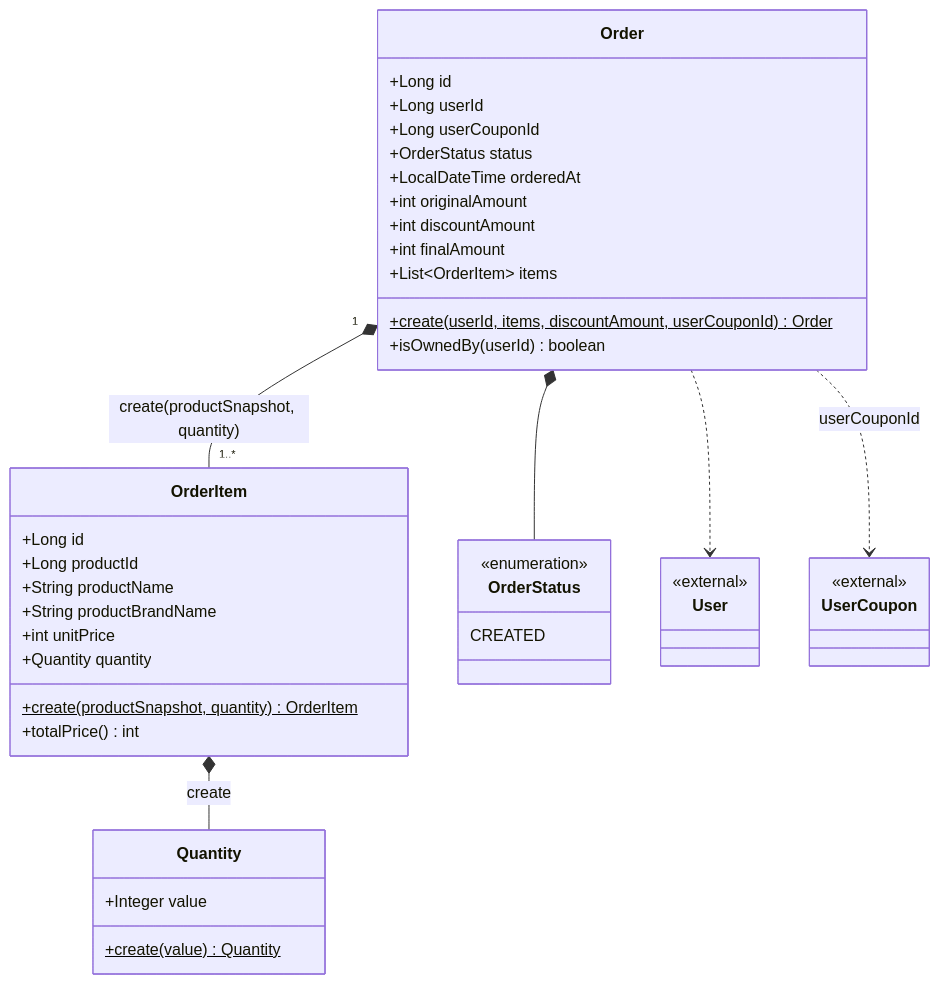
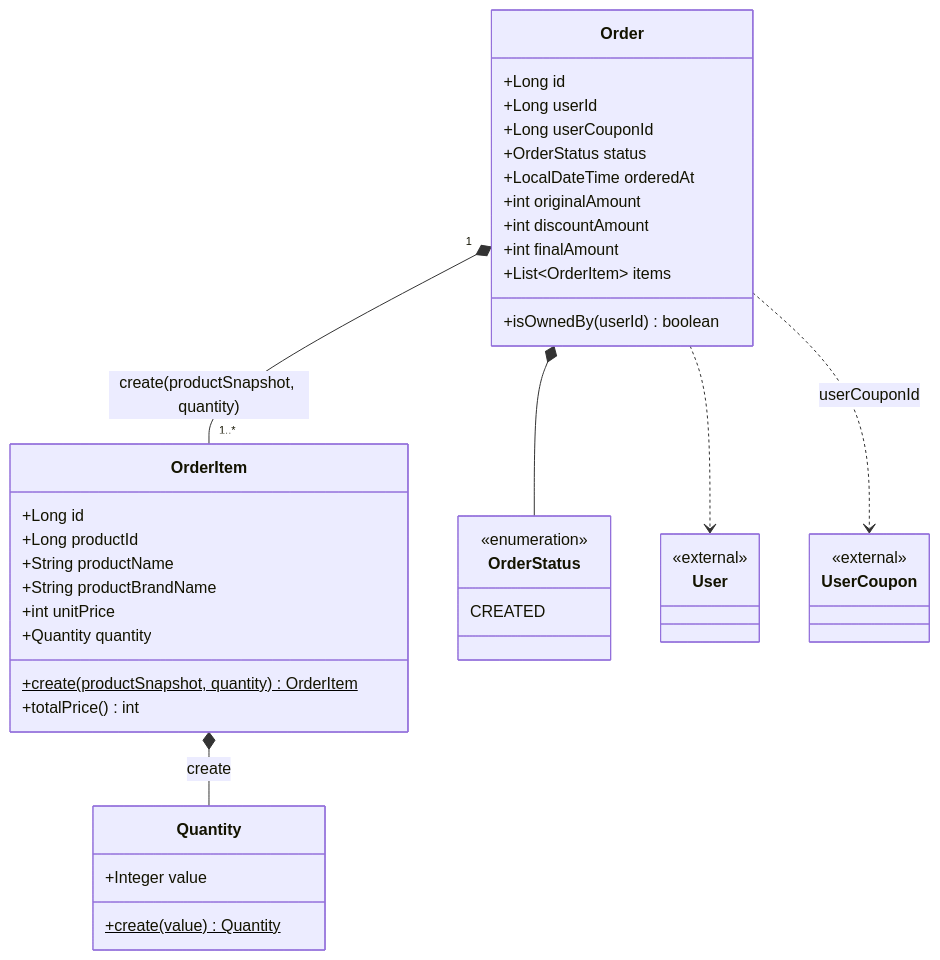
Before and after one commit to loopers-labs/loop-pack-be-l2-vol4-java: the third of 3 diagrams in docs/volume-4/03-class-diagram.md, drawn with Mermaid. The commit also changed other lines of this file and 11 other files, not shown here.

````diff
--- a/docs/volume-4/03-class-diagram.md
+++ b/docs/volume-4/03-class-diagram.md
@@ -211,46 +208,45 @@
 ```mermaid
 classDiagram
     class Order {
         +Long id
         +Long userId
         +Long userCouponId
         +OrderStatus status
         +LocalDateTime orderedAt
         +int originalAmount
         +int discountAmount
         +int finalAmount
         +List~OrderItem~ items
-        +create(userId, items, discountAmount, userCouponId)$ Order
         +isOwnedBy(userId) boolean
     }
     class OrderItem {
         +Long id
         +Long productId
         +String productName
         +String productBrandName
         +int unitPrice
         +Quantity quantity
         +create(productSnapshot, quantity)$ OrderItem
         +totalPrice() int
     }
     class Quantity {
         +Integer value
         +create(value)$ Quantity
     }
     class OrderStatus {
         <<enumeration>>
         CREATED
     }
     class User {
         <<external>>
     }
     class UserCoupon {
         <<external>>
     }
 
     Order *-- OrderStatus
     OrderItem *-- Quantity : create
     Order "1" *-- "1..*" OrderItem : create(productSnapshot, quantity)
     Order ..> User
     Order ..> UserCoupon : userCouponId
 ```
````
